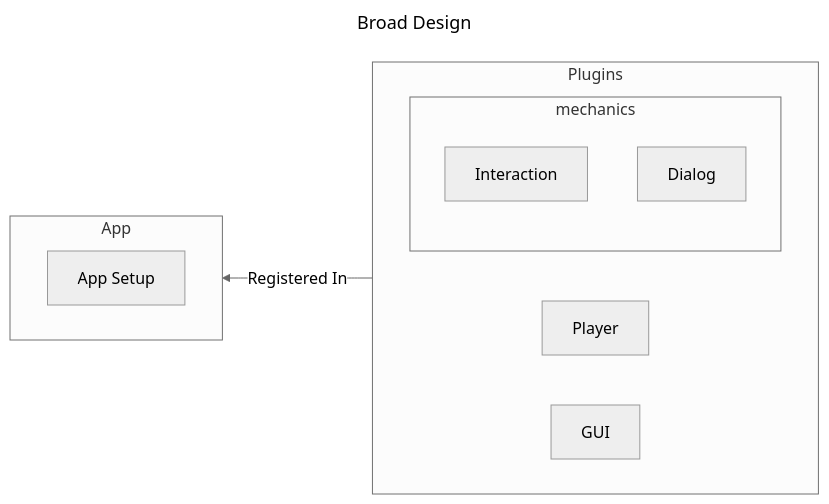
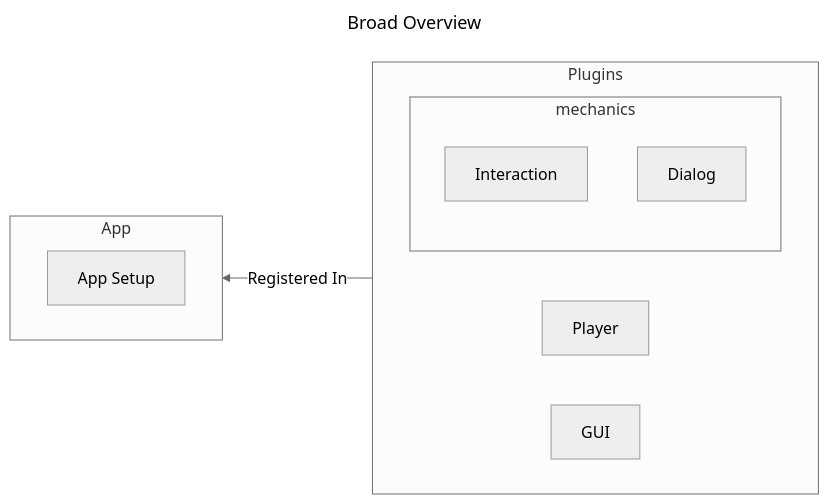
Before and after one commit to Jolvera2001/room-world: the first of 2 diagrams in design_doc.md, drawn with Mermaid (neutral theme).

Commit message:
updated name

````diff
--- a/design_doc.md
+++ b/design_doc.md
@@ -3,22 +3,22 @@
 ```mermaid
 ---
-title: Broad Design
+title: Broad Overview
 ---
 flowchart RL
 
 subgraph Plugins
     direction LR
     Player
     GUI
     subgraph mechanics
         Interaction
         Dialog
     end
 end
 
 subgraph App
     direction LR
     EntryPoint[App Setup]
 end
 Plugins --> |Registered In| EntryPoint
 ```
````
